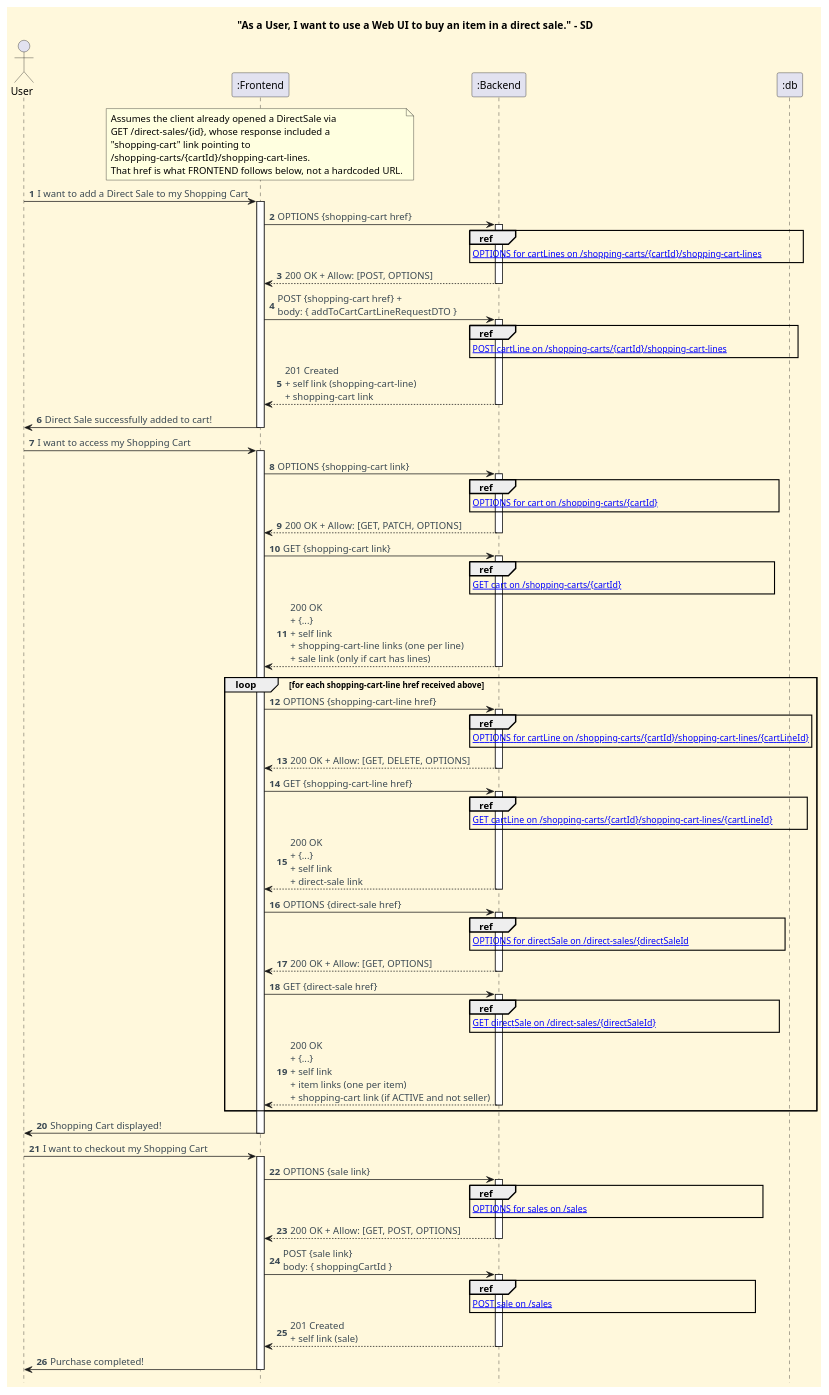
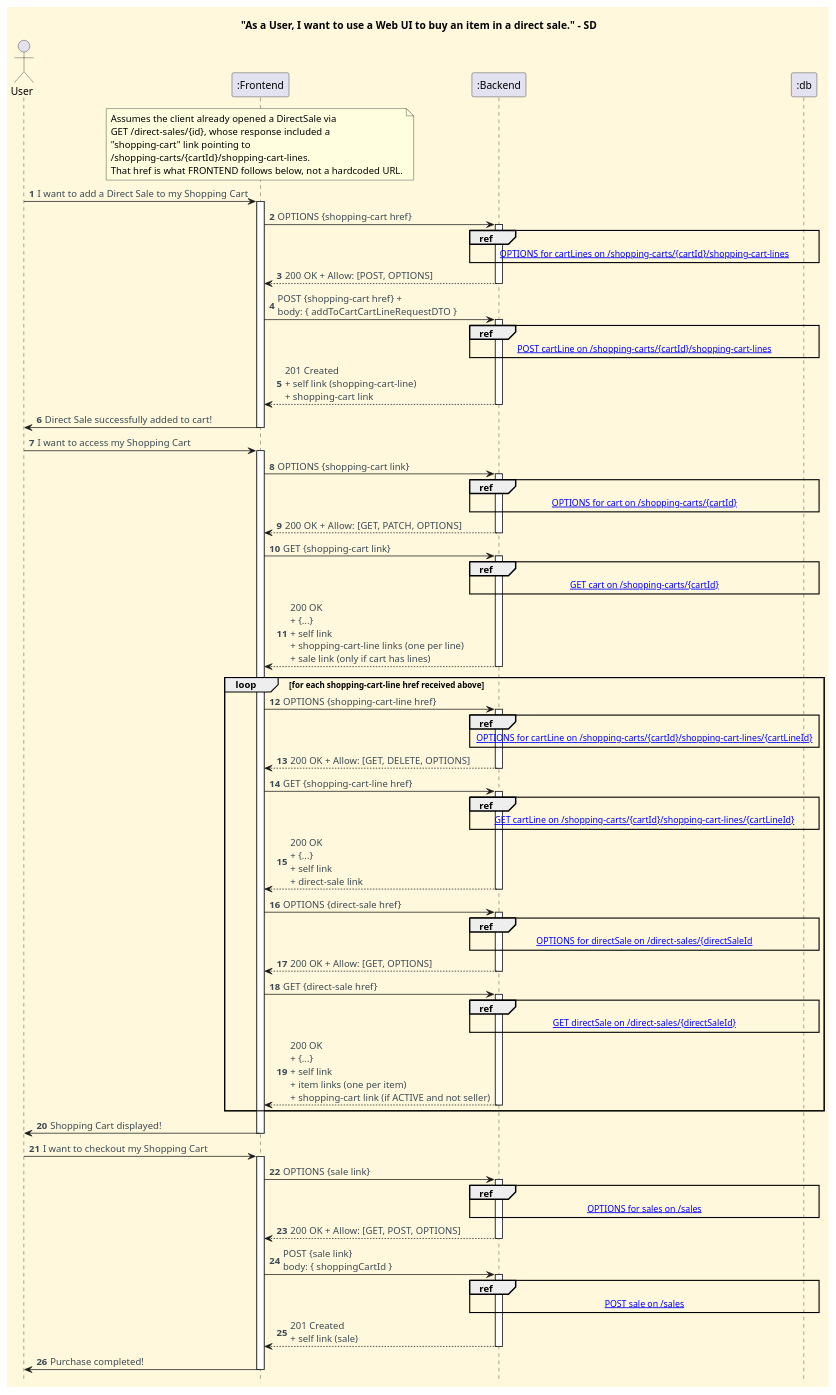
The diagram in docs/client-server-diagrams/buy-item-on-direct-sale/Process_View_SD.puml (CarolinaLeite-collab/JavaMarketplacePlatform), drawn with PlantUML before and after one commit. The commit also changed 3 other files, not shown here.

Commit message:
docs: updated ref fragments for *buy publication on a direct sale* functionality, refs #1173

```diff
--- a/docs/client-server-diagrams/buy-item-on-direct-sale/Process_View_SD.puml
+++ b/docs/client-server-diagrams/buy-item-on-direct-sale/Process_View_SD.puml
@@ -1,155 +1,155 @@
 @startuml
 
 '==== Title ====
 title "As a User, I want to use a Web UI to buy an item in a direct sale." - SD
 
 '==== basic style ====
 skinparam monochrome false
 skinparam shadowing false
 skinparam defaultFontName Futura
 skinparam objectFontSize 20
 skinparam backgroundColor CornSilk
 skinparam objectBackgroundColor WhiteSmoke
 skinparam noteBackgroundColor #FFFFE0
 skinparam ArrowFontColor #3B4953
 skinparam ActivationBackgroundColor black
 hidefootbox
 autonumber
 
 ' ==== Actor and participants ====
 actor User as BUYER
 participant ":Frontend" as FRONTEND
 participant ":Backend" as SERVER
 participant ":db" as DB
 
 note over FRONTEND
   Assumes the client already opened a DirectSale via
   GET /direct-sales/{id}, whose response included a
   "shopping-cart" link pointing to
   /shopping-carts/{cartId}/shopping-cart-lines.
   That href is what FRONTEND follows below, not a hardcoded URL.
 end note
 
 BUYER -> FRONTEND : I want to add a Direct Sale to my Shopping Cart
 activate FRONTEND
 
 FRONTEND -> SERVER : OPTIONS {shopping-cart href}
 activate SERVER
 
-ref over SERVER
-[[xxx.puml OPTIONS for cartLines on /shopping-carts/{cartId}/shopping-cart-lines                 ]]
+ref over SERVER, DB
+[[xxx.puml OPTIONS for cartLines on /shopping-carts/{cartId}/shopping-cart-lines]]
 end ref
 
 SERVER --> FRONTEND : 200 OK + Allow: [POST, OPTIONS]
 deactivate SERVER
 
 FRONTEND -> SERVER : POST {shopping-cart href} + \nbody: { addToCartCartLineRequestDTO }
 activate SERVER
 
-ref over SERVER
-[[xxx.puml POST cartLine on /shopping-carts/{cartId}/shopping-cart-lines                              ]]
+ref over SERVER, DB
+[[xxx.puml POST cartLine on /shopping-carts/{cartId}/shopping-cart-lines]]
 end ref
 
 SERVER --> FRONTEND : 201 Created\n+ self link (shopping-cart-line)\n+ shopping-cart link
 deactivate SERVER
 
 FRONTEND -> BUYER : Direct Sale successfully added to cart!
 deactivate FRONTEND
 
 BUYER -> FRONTEND : I want to access my Shopping Cart
 activate FRONTEND
 
 FRONTEND -> SERVER : OPTIONS {shopping-cart link}
 activate SERVER
 
-ref over SERVER
-[[xxx.puml OPTIONS for cart on /shopping-carts/{cartId}                                                    ]]
+ref over SERVER, DB
+[[xxx.puml OPTIONS for cart on /shopping-carts/{cartId}]]
 end ref
 
 SERVER --> FRONTEND : 200 OK + Allow: [GET, PATCH, OPTIONS]
 deactivate SERVER
 
 FRONTEND -> SERVER : GET {shopping-cart link}
 activate SERVER
 
-ref over SERVER
-[[xxx.puml GET cart on /shopping-carts/{cartId}                                                                  ]]
+ref over SERVER, DB
+[[xxx.puml GET cart on /shopping-carts/{cartId}]]
 end ref
 
 SERVER --> FRONTEND : 200 OK\n+ {...} \n+ self link\n+ shopping-cart-line links (one per line)\n+ sale link (only if cart has lines)
 deactivate SERVER
 
 loop for each shopping-cart-line href received above
 
 FRONTEND -> SERVER : OPTIONS {shopping-cart-line href}
 activate SERVER
 
-ref over SERVER
+ref over SERVER, DB
 [[xxx.puml OPTIONS for cartLine on /shopping-carts/{cartId}/shopping-cart-lines/{cartLineId}]]
 end ref
 
 SERVER --> FRONTEND : 200 OK + Allow: [GET, DELETE, OPTIONS]
 deactivate SERVER
 
 FRONTEND -> SERVER : GET {shopping-cart-line href}
 activate SERVER
 
-ref over SERVER
-[[xxx.puml GET cartLine on /shopping-carts/{cartId}/shopping-cart-lines/{cartLineId}              ]]
+ref over SERVER, DB
+[[xxx.puml GET cartLine on /shopping-carts/{cartId}/shopping-cart-lines/{cartLineId}]]
 end ref
 
 SERVER --> FRONTEND : 200 OK\n+ {...} \n+ self link\n+ direct-sale link
 deactivate SERVER
 
 FRONTEND -> SERVER : OPTIONS {direct-sale href}
 activate SERVER
 
-ref over SERVER
-[[xxx.puml OPTIONS for directSale on /direct-sales/{directSaleId                                         ]]
+ref over SERVER, DB
+[[xxx.puml OPTIONS for directSale on /direct-sales/{directSaleId]]
 end ref
 
 SERVER --> FRONTEND : 200 OK + Allow: [GET, OPTIONS]
 deactivate SERVER
 
 FRONTEND -> SERVER : GET {direct-sale href}
 activate SERVER
 
-ref over SERVER
-[[xxx.puml GET directSale on /direct-sales/{directSaleId}                                                     ]]
+ref over SERVER, DB
+[[xxx.puml GET directSale on /direct-sales/{directSaleId}]]
 end ref
 
 SERVER --> FRONTEND : 200 OK\n+ {...} \n+ self link\n+ item links (one per item)\n+ shopping-cart link (if ACTIVE and not seller)
 deactivate SERVER
 
 end loop
 
 FRONTEND -> BUYER : Shopping Cart displayed!
 deactivate FRONTEND
 
 BUYER -> FRONTEND : I want to checkout my Shopping Cart
 activate FRONTEND
 
 FRONTEND -> SERVER : OPTIONS {sale link}
 activate SERVER
 
-ref over SERVER
-[[xxx.puml OPTIONS for sales on /sales                                                                            ]]
+ref over SERVER, DB
+[[xxx.puml OPTIONS for sales on /sales]]
 end ref
 
 SERVER --> FRONTEND : 200 OK + Allow: [GET, POST, OPTIONS]
 deactivate SERVER
 
 FRONTEND -> SERVER : POST {sale link}\nbody: { shoppingCartId }
 activate SERVER
 
-ref over SERVER
-[[./rest-sd-ref-diagrams/POST_sale.puml POST sale on /sales                                                                                        ]]
+ref over SERVER, DB
+[[./rest-sd-ref-diagrams/POST_sale.puml POST sale on /sales]]
 end ref
 
 SERVER --> FRONTEND : 201 Created\n+ self link (sale)
 deactivate SERVER
 
 FRONTEND -> BUYER : Purchase completed!
 deactivate FRONTEND
 
 @enduml
```
